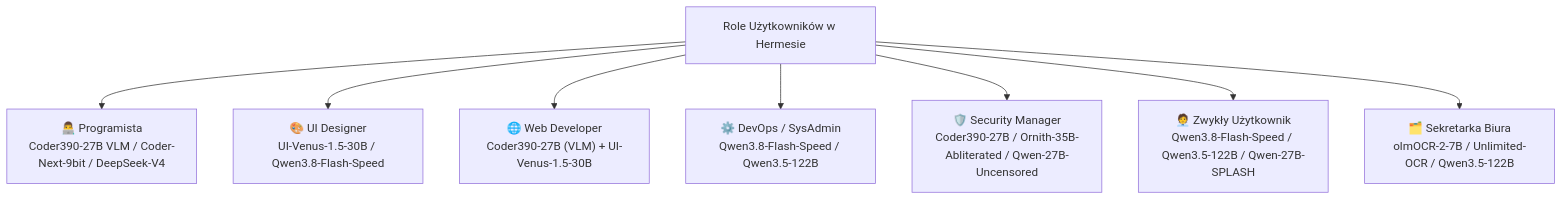
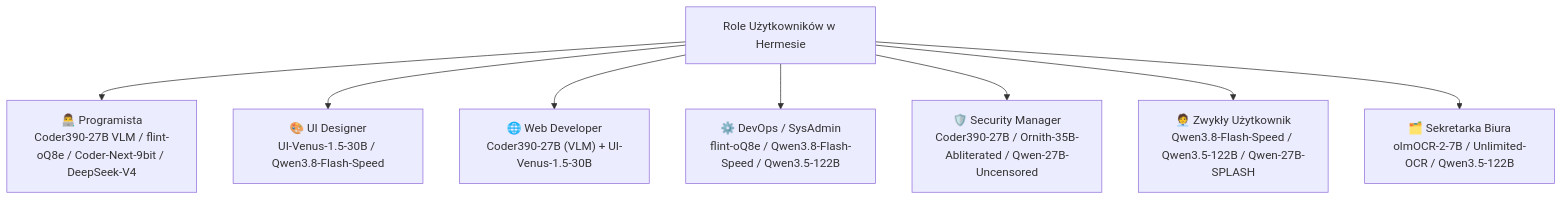
The diagram in HowTo_JakUzywac.md (wojcio/omlx_hermes_setup), drawn with Mermaid before and after one commit. The commit also changed other lines of this file and 10 other files, not shown here.

````diff
--- a/HowTo_JakUzywac.md
+++ b/HowTo_JakUzywac.md
@@ -61,12 +61,12 @@
 ```mermaid
 flowchart TD
     Roles["Role Użytkowników w Hermesie"]
     
-    Roles --> Dev["👨‍💻 Programista<br/>Coder390-27B VLM / Coder-Next-9bit / DeepSeek-V4"]
+    Roles --> Dev["👨‍💻 Programista<br/>Coder390-27B VLM / flint-oQ8e / Coder-Next-9bit / DeepSeek-V4"]
     Roles --> UI["🎨 UI Designer<br/>UI-Venus-1.5-30B / Qwen3.8-Flash-Speed"]
     Roles --> Web["🌐 Web Developer<br/>Coder390-27B (VLM) + UI-Venus-1.5-30B"]
-    Roles --> Ops["⚙️ DevOps / SysAdmin<br/>Qwen3.8-Flash-Speed / Qwen3.5-122B"]
+    Roles --> Ops["⚙️ DevOps / SysAdmin<br/>flint-oQ8e / Qwen3.8-Flash-Speed / Qwen3.5-122B"]
     Roles --> Sec["🛡️ Security Manager<br/>Coder390-27B / Ornith-35B-Abliterated / Qwen-27B-Uncensored"]
     Roles --> User["🧑‍💼 Zwykły Użytkownik<br/>Qwen3.8-Flash-Speed / Qwen3.5-122B / Qwen-27B-SPLASH"]
     Roles --> Office["🗂️ Sekretarka Biura<br/>olmOCR-2-7B / Unlimited-OCR / Qwen3.5-122B"]
 ```
````
